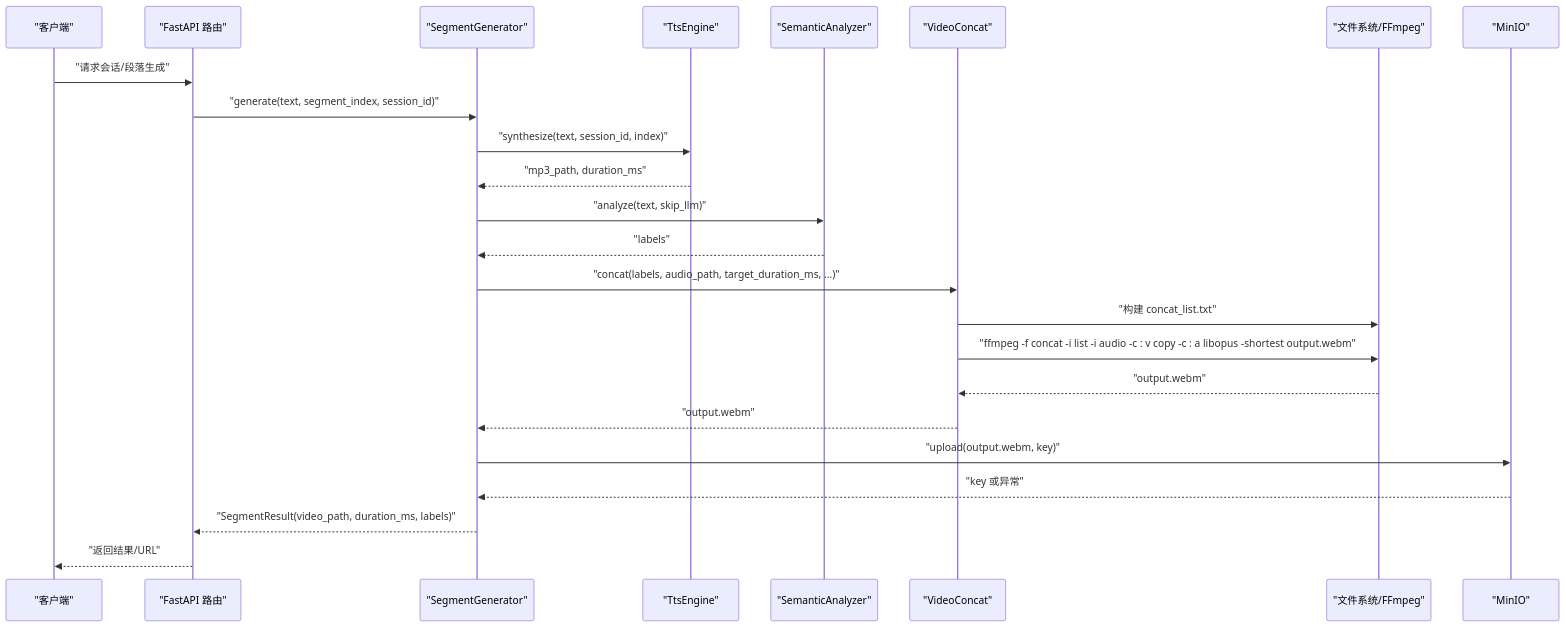
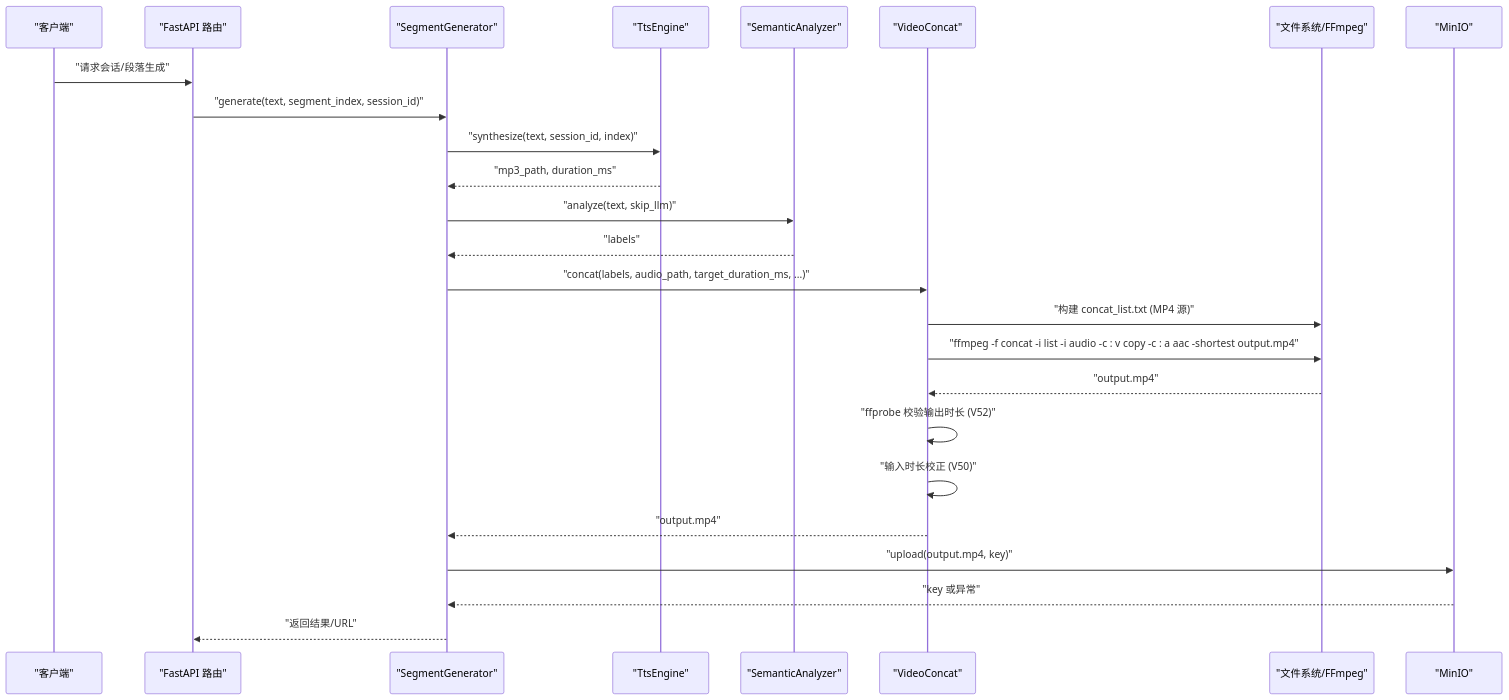
The second of 6 diagrams in .qoder/repowiki/zh/content/后端服务/多媒体处理流水线/视频片段拼接.md (leo21cn/real-time-talk), drawn with Mermaid before and after one commit. The commit also changed other lines of this file and 9 other files, not shown here.

````diff
--- a/.qoder/repowiki/zh/content/后端服务/多媒体处理流水线/视频片段拼接.md
+++ b/.qoder/repowiki/zh/content/后端服务/多媒体处理流水线/视频片段拼接.md
@@ -122,26 +137,27 @@
 ```mermaid
 sequenceDiagram
 participant Client as "客户端"
 participant API as "FastAPI 路由"
 participant Gen as "SegmentGenerator"
 participant TTS as "TtsEngine"
 participant Sem as "SemanticAnalyzer"
 participant Cvt as "VideoConcat"
 participant FS as "文件系统/FFmpeg"
 participant OSS as "MinIO"
 Client->>API : "请求会话/段落生成"
 API->>Gen : "generate(text, segment_index, session_id)"
 Gen->>TTS : "synthesize(text, session_id, index)"
 TTS-->>Gen : "mp3_path, duration_ms"
 Gen->>Sem : "analyze(text, skip_llm)"
 Sem-->>Gen : "labels"
 Gen->>Cvt : "concat(labels, audio_path, target_duration_ms, ...)"
-Cvt->>FS : "构建 concat_list.txt"
-Cvt->>FS : "ffmpeg -f concat -i list -i audio -c : v copy -c : a libopus -shortest output.webm"
-FS-->>Cvt : "output.webm"
-Cvt-->>Gen : "output.webm"
-Gen->>OSS : "upload(output.webm, key)"
+Cvt->>FS : "构建 concat_list.txt (MP4 源)"
+Cvt->>FS : "ffmpeg -f concat -i list -i audio -c : v copy -c : a aac -shortest output.mp4"
+FS-->>Cvt : "output.mp4"
+Cvt->>Cvt : "ffprobe 校验输出时长 (V52)"
+Cvt->>Cvt : "输入时长校正 (V50)"
+Cvt-->>Gen : "output.mp4"
+Gen->>OSS : "upload(output.mp4, key)"
 OSS-->>Gen : "key 或异常"
-Gen-->>API : "SegmentResult(video_path, duration_ms, labels)"
-API-->>Client : "返回结果/URL"
+Gen-->>API : "返回结果/URL"
 ```
````
